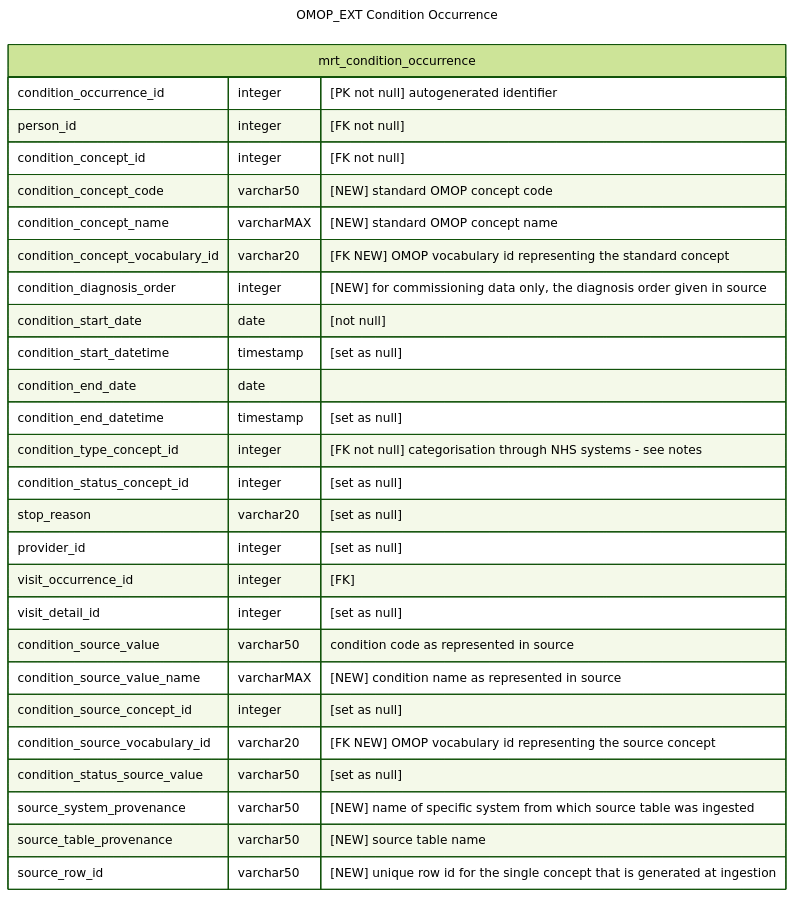
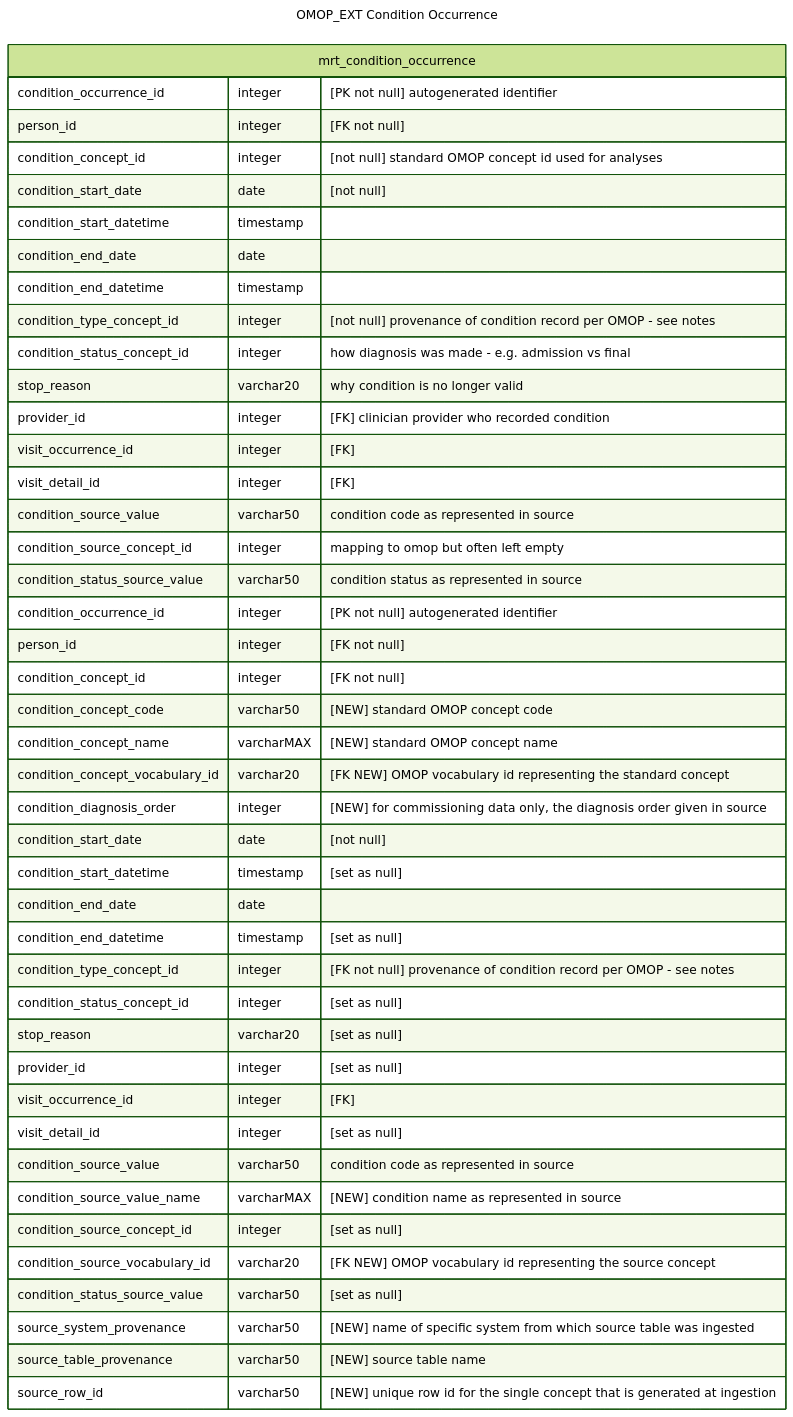
One commit to d3london/sde_aic_external_docs changed the second of 3 diagrams in src/pages/data_model/cdm_condition_occurrence.qmd. Above: the diagram before and after it, drawn with Mermaid (forest theme). The commit also changed other lines of this file and 1 other file, not shown here.

````diff
--- a/src/pages/data_model/cdm_condition_occurrence.qmd
+++ b/src/pages/data_model/cdm_condition_occurrence.qmd
@@ -69,33 +58,54 @@
 ```{mermaid}
 ---
 title: OMOP_EXT Condition Occurrence
 ---
 erDiagram
     mrt_condition_occurrence {
+        condition_occurrence_id integer "[PK not null] autogenerated identifier"
+        person_id integer "[FK not null]"
+        condition_concept_id integer "[not null] standard OMOP concept id used for analyses"
+        condition_start_date date "[not null]"
+        condition_start_datetime timestamp
+        condition_end_date date
+        condition_end_datetime timestamp
+        condition_type_concept_id integer "[not null] provenance of condition record per OMOP - see notes"
+        condition_status_concept_id integer "how diagnosis was made - e.g. admission vs final"
+        stop_reason varchar20 "why condition is no longer valid"
+        provider_id integer "[FK] clinician provider who recorded condition"
+        visit_occurrence_id integer "[FK]"
+        visit_detail_id integer "[FK]"
+        condition_source_value varchar50 "condition code as represented in source"
+        condition_source_concept_id integer "mapping to omop but often left empty"
+        condition_status_source_value varchar50 "condition status as represented in source"
+
+
+
+
+
         condition_occurrence_id integer "[PK not null] autogenerated identifier"
         person_id integer "[FK not null]"
         condition_concept_id integer "[FK not null]"
         condition_concept_code varchar50 "[NEW] standard OMOP concept code"
         condition_concept_name varcharMAX "[NEW] standard OMOP concept name"
         condition_concept_vocabulary_id varchar20 "[FK NEW] OMOP vocabulary id representing the standard concept"
         condition_diagnosis_order integer "[NEW] for commissioning data only, the diagnosis order given in source"
         condition_start_date date "[not null]"
         condition_start_datetime timestamp "[set as null]"
         condition_end_date date
         condition_end_datetime timestamp "[set as null]"
-        condition_type_concept_id integer "[FK not null] categorisation through NHS systems - see notes"
+        condition_type_concept_id integer "[FK not null] provenance of condition record per OMOP - see notes"
         condition_status_concept_id integer "[set as null]"
         stop_reason varchar20 "[set as null]"
         provider_id integer "[set as null]"
         visit_occurrence_id integer "[FK]"
         visit_detail_id integer "[set as null]"      
         condition_source_value varchar50 "condition code as represented in source"
         condition_source_value_name varcharMAX "[NEW] condition name as represented in source"
         condition_source_concept_id integer "[set as null]"          
         condition_source_vocabulary_id varchar20 "[FK NEW] OMOP vocabulary id representing the source concept"
         condition_status_source_value varchar50 "[set as null]"
         source_system_provenance varchar50 "[NEW] name of specific system from which source table was ingested"
         source_table_provenance varchar50 "[NEW] source table name"
         source_row_id varchar50 "[NEW] unique row id for the single concept that is generated at ingestion"
     }
 ```
````
